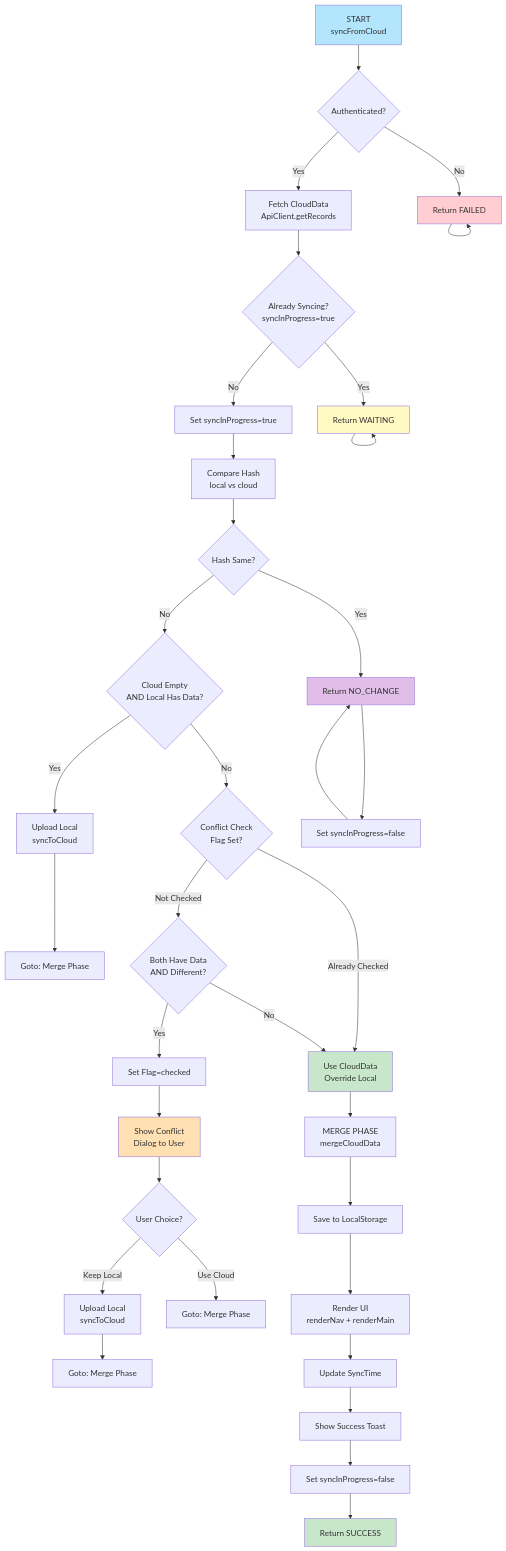
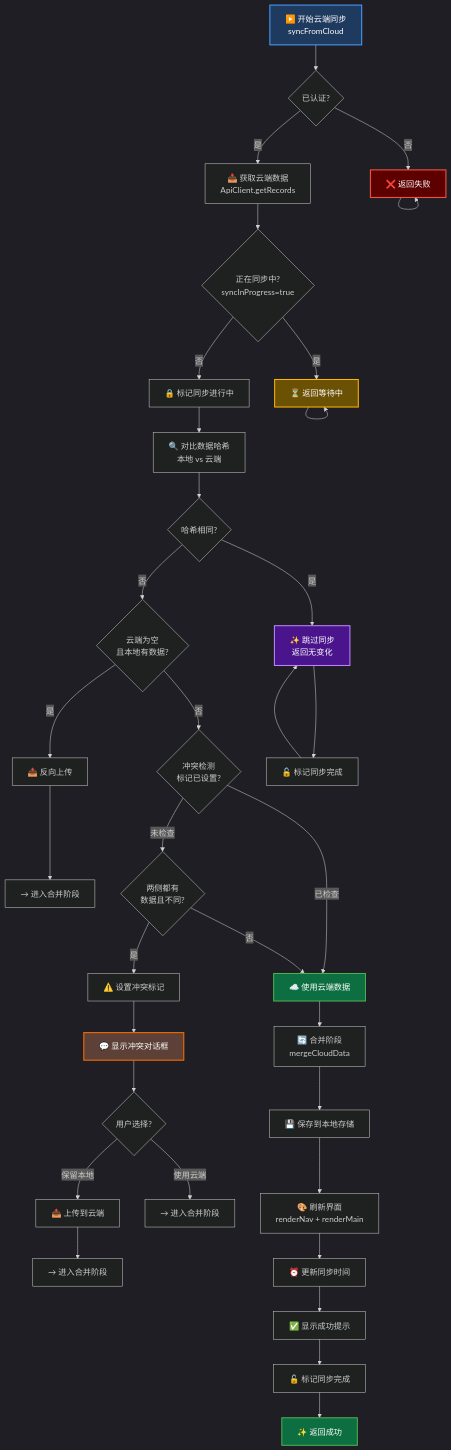
Before and after one commit to Fuck996/yanyu_tools: the second of 4 diagrams in doc/FLOWCHART_DIAGRAMS.md, drawn with Mermaid. The commit also changed other lines of this file and 2 other files, not shown here.

````diff
--- a/doc/FLOWCHART_DIAGRAMS.md
+++ b/doc/FLOWCHART_DIAGRAMS.md
@@ -67,54 +64,55 @@
 ```mermaid
+%%{init: {'theme':'dark'}}%%
 graph TD
-    A["START<br/>syncFromCloud"] --> B{Authenticated?}
-    B -->|No| C["Return FAILED"]
-    B -->|Yes| D["Fetch CloudData<br/>ApiClient.getRecords"]
+    A["▶️ 开始云端同步<br/>syncFromCloud"] --> B{已认证?}
+    B -->|否| C["❌ 返回失败"]
+    B -->|是| D["📥 获取云端数据<br/>ApiClient.getRecords"]
     
-    D --> E{Already Syncing?<br/>syncInProgress=true}
-    E -->|Yes| F["Return WAITING"]
-    E -->|No| G["Set syncInProgress=true"]
+    D --> E{正在同步中?<br/>syncInProgress=true}
+    E -->|是| F["⏳ 返回等待中"]
+    E -->|否| G["🔒 标记同步进行中"]
     
-    G --> H["Compare Hash<br/>local vs cloud"]
-    H --> I{Hash Same?}
+    G --> H["🔍 对比数据哈希<br/>本地 vs 云端"]
+    H --> I{哈希相同?}
     
-    I -->|Yes| J["Return NO_CHANGE"]
+    I -->|是| J["✨ 跳过同步<br/>返回无变化"]
     
-    I -->|No| K{Cloud Empty<br/>AND Local Has Data?}
-    K -->|Yes| K1["Upload Local<br/>syncToCloud"]
-    K1 --> K2["Goto: Merge Phase"]
+    I -->|否| K{云端为空<br/>且本地有数据?}
+    K -->|是| K1["📤 反向上传"] 
+    K1 --> K2["→ 进入合并阶段"]
     
-    K -->|No| L{Conflict Check<br/>Flag Set?}
-    L -->|Already Checked| M["Use CloudData<br/>Override Local"]
+    K -->|否| L{冲突检测<br/>标记已设置?}
+    L -->|已检查| M["☁️ 使用云端数据"]
     
-    L -->|Not Checked| N{Both Have Data<br/>AND Different?}
-    N -->|Yes| N1["Set Flag=checked"]
-    N1 --> N2["Show Conflict<br/>Dialog to User"]
-    N2 --> N3{User Choice?}
+    L -->|未检查| N{两侧都有<br/>数据且不同?}
+    N -->|是| N1["⚠️ 设置冲突标记"]
+    N1 --> N2["💬 显示冲突对话框"]
+    N2 --> N3{用户选择?}
     
-    N3 -->|Keep Local| N4["Upload Local<br/>syncToCloud"]
-    N4 --> N5["Goto: Merge Phase"]
+    N3 -->|保留本地| N4["📤 上传到云端"]
+    N4 --> N5["→ 进入合并阶段"]
     
-    N3 -->|Use Cloud| N6["Goto: Merge Phase"]
-    N -->|No| M
+    N3 -->|使用云端| N6["→ 进入合并阶段"]
+    N -->|否| M
     
-    M --> O["MERGE PHASE<br/>mergeCloudData"]
-    O --> P["Save to LocalStorage"]
-    P --> Q["Render UI<br/>renderNav + renderMain"]
-    Q --> R["Update SyncTime"]
-    R --> S["Show Success Toast"]
-    S --> T["Set syncInProgress=false"]
-    T --> U["Return SUCCESS"]
+    M --> O["🔄 合并阶段<br/>mergeCloudData"]
+    O --> P["💾 保存到本地存储"]
+    P --> Q["🎨 刷新界面<br/>renderNav + renderMain"]
+    Q --> R["⏰ 更新同步时间"]
+    R --> S["✅ 显示成功提示"]
+    S --> T["🔓 标记同步完成"]
+    T --> U["✨ 返回成功"]
     
-    J --> V["Set syncInProgress=false"]
+    J --> V["🔓 标记同步完成"]
     V --> J
     F --> F
     C --> C
     
-    style A fill:#B3E5FC
-    style U fill:#C8E6C9
-    style C fill:#FFCDD2
-    style F fill:#FFF9C4
-    style J fill:#E1BEE7
-    style M fill:#C8E6C9
-    style N2 fill:#FFE0B2
+    style A fill:#1e3a5f,stroke:#4a9eff,stroke-width:2px,color:#fff
+    style U fill:#0d6e41,stroke:#4caf50,stroke-width:2px,color:#fff
+    style C fill:#5d0000,stroke:#ff5544,stroke-width:2px,color:#fff
+    style F fill:#6b5104,stroke:#ffb300,stroke-width:2px,color:#fff
+    style J fill:#4a148c,stroke:#bb86fc,stroke-width:2px,color:#fff
+    style M fill:#0d6e41,stroke:#4caf50,stroke-width:2px,color:#fff
+    style N2 fill:#5d4037,stroke:#ff6f00,stroke-width:2px,color:#fff
 ```
````
